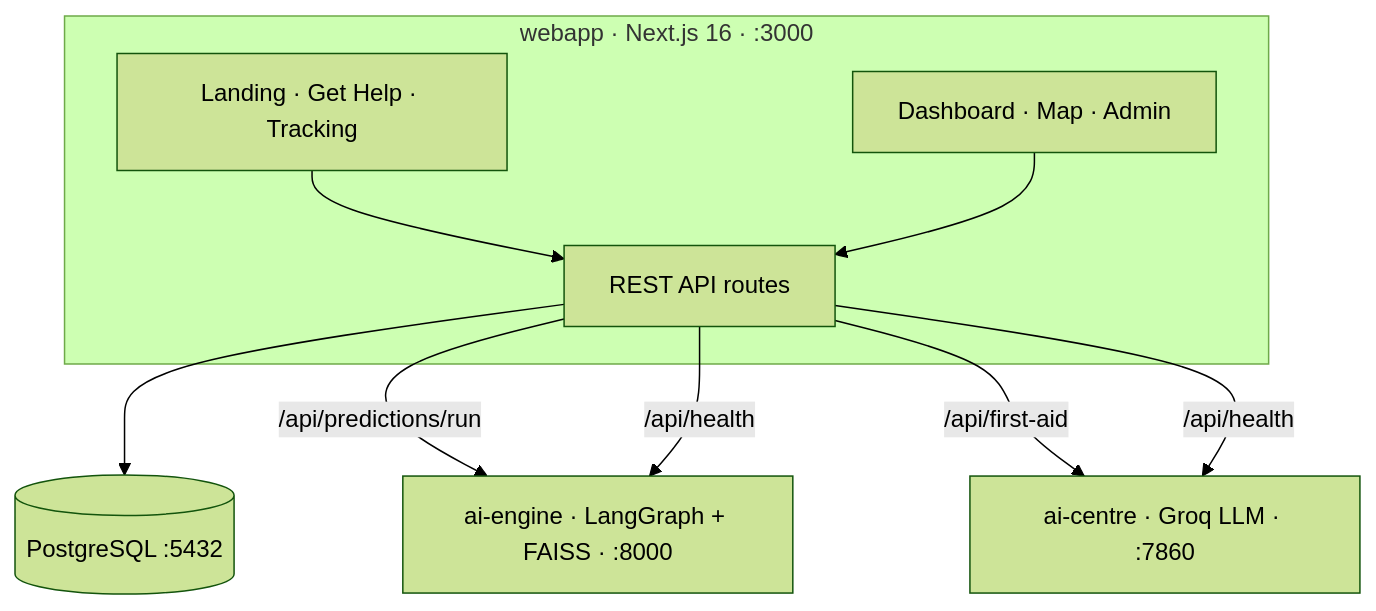
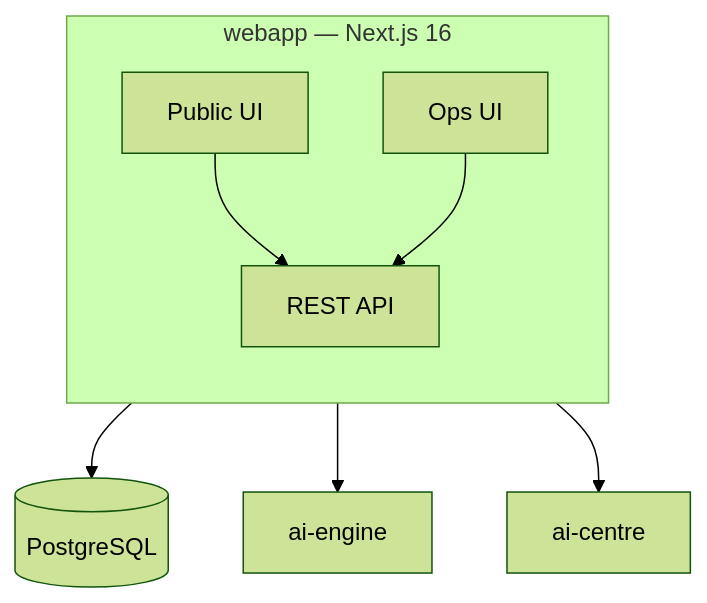
One commit to sumit-sh2009/Releif.AI changed the second of 2 diagrams in README.md. Above: the diagram before and after it, drawn with Mermaid (forest theme). The commit also changed other lines of this file, not shown here.

Commit message:
Update Mermaid diagrams in README for cleaner architectural flow

````diff
--- a/README.md
+++ b/README.md
@@ -94,20 +102,19 @@
 ```mermaid
 flowchart TB
-    subgraph Web["webapp · Next.js 16 · :3000"]
-        UI[Landing · Get Help · Tracking]
-        OPS[Dashboard · Map · Admin]
-        API[REST API routes]
+    subgraph WEB["webapp — Next.js 16"]
+        direction TB
+        pub[Public UI]
+        ops[Ops UI]
+        api[REST API]
+        pub --> api
+        ops --> api
     end
 
-    DB[(PostgreSQL :5432)]
-    ENG[ai-engine · LangGraph + FAISS · :8000]
-    CTR[ai-centre · Groq LLM · :7860]
+    db[(PostgreSQL)]
+    engine[ai-engine]
+    centre[ai-centre]
 
-    UI --> API
-    OPS --> API
-    API --> DB
-    API -->|/api/predictions/run| ENG
-    API -->|/api/first-aid| CTR
-    API -->|/api/health| ENG
-    API -->|/api/health| CTR
+    api --> db
+    api --> engine
+    api --> centre
 ```
````
